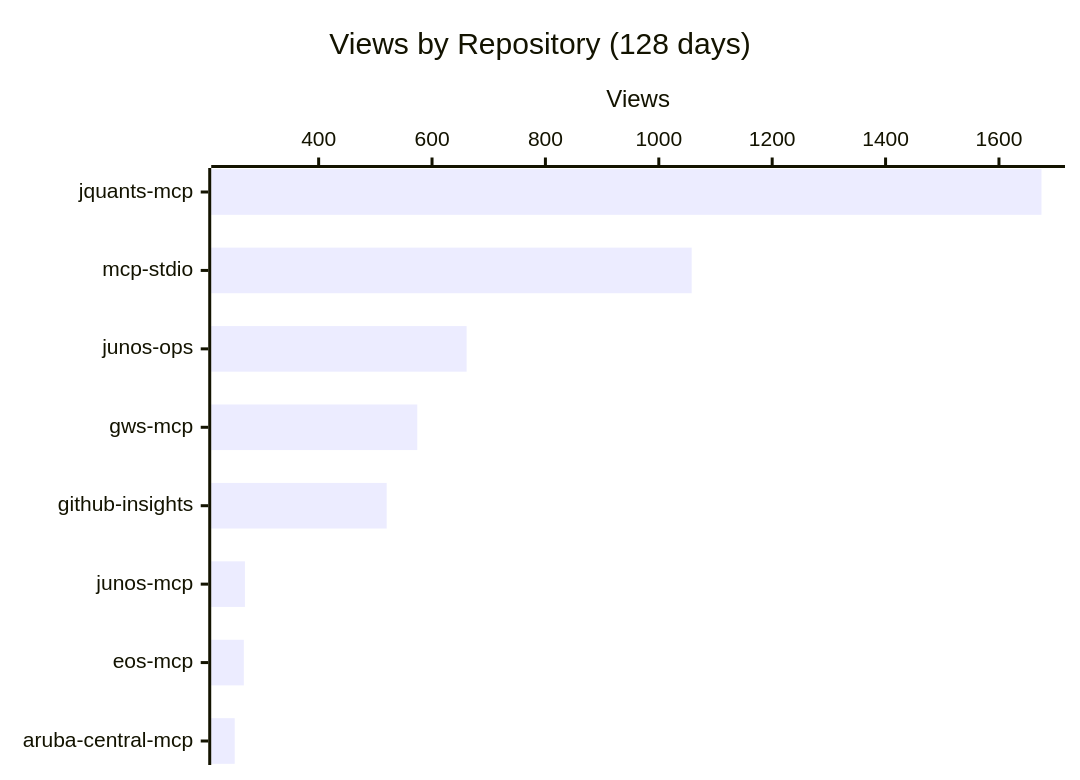
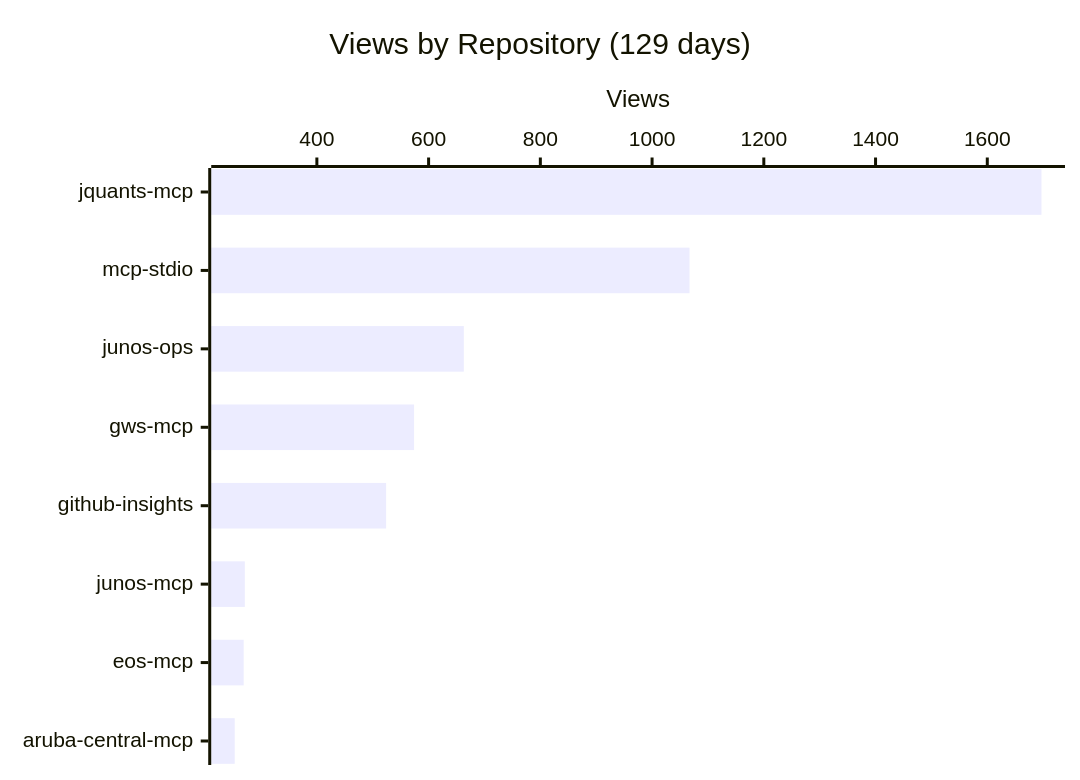
Before and after one commit to shigechika/github-insights: the first of 4 diagrams in README.md, drawn with Mermaid. The commit also changed other lines of this file and 2 other files, not shown here.

````diff
--- a/README.md
+++ b/README.md
@@ -18,7 +18,7 @@
 ```mermaid
 xychart-beta horizontal
-    title "Views by Repository (128 days)"
+    title "Views by Repository (129 days)"
     x-axis ["jquants-mcp", "mcp-stdio", "junos-ops", "gws-mcp", "github-insights", "junos-mcp", "eos-mcp", "aruba-central-mcp"]
     y-axis "Views"
-    bar [1675, 1058, 661, 574, 520, 270, 268, 252]
+    bar [1697, 1067, 663, 574, 524, 271, 269, 253]
 ```
````
